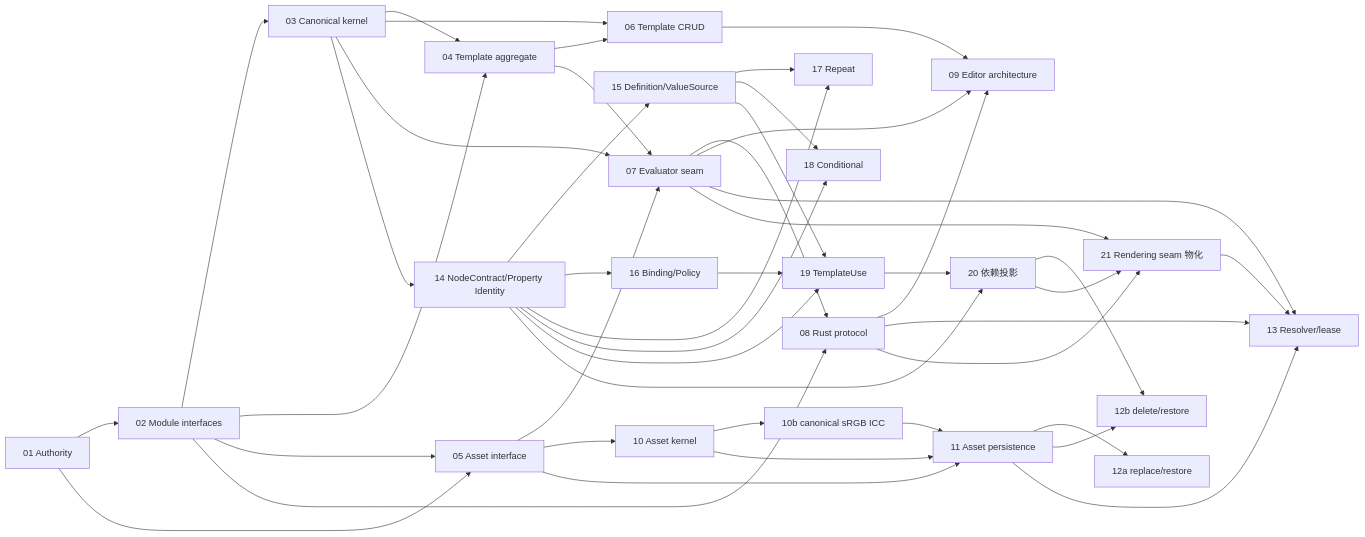
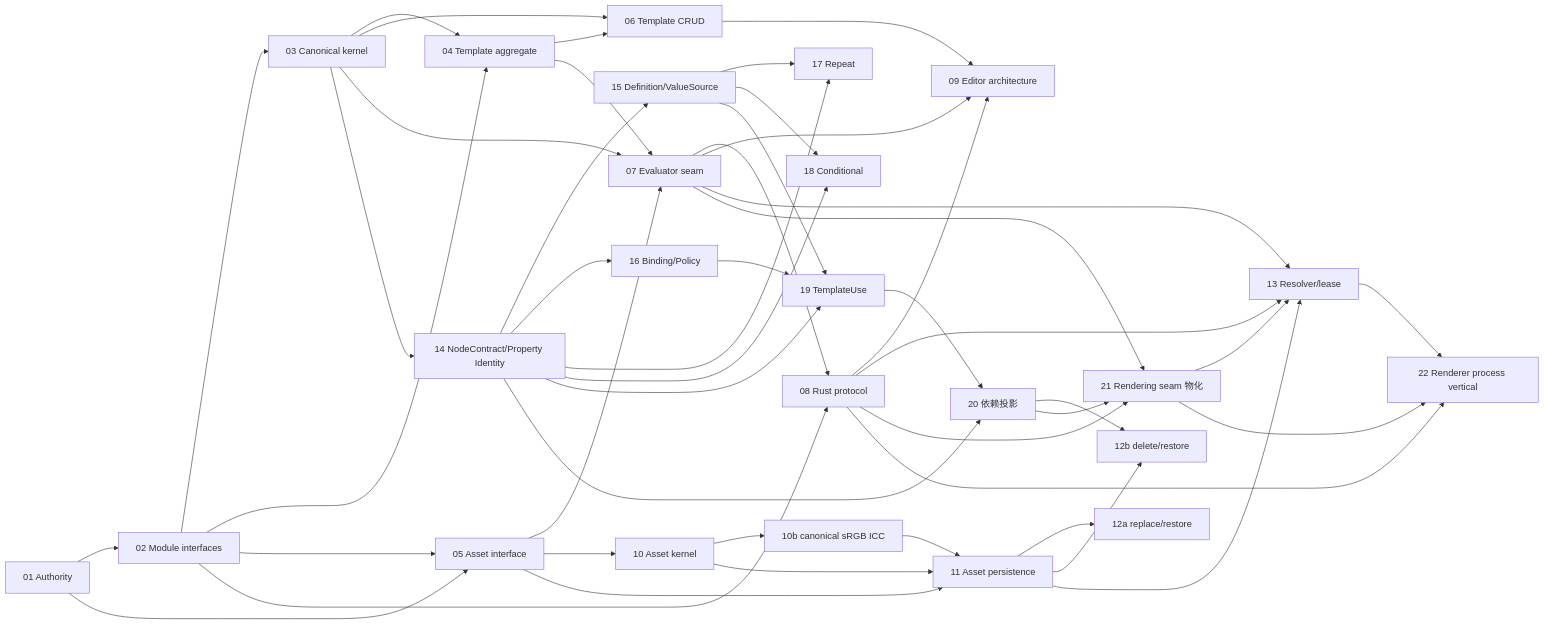
The diagram in plans/renderweave-template-v1-plan.md (yiwer/RenderWeave), drawn with Mermaid before and after one commit. The commit also changed other lines of this file and 1091 other files, not shown here.

Commit message:
feat(rendering): add renderer process protocol vertical

````diff
--- a/plans/renderweave-template-v1-plan.md
+++ b/plans/renderweave-template-v1-plan.md
@@ -65,46 +67,49 @@
 ```mermaid
 flowchart LR
   T01[01 Authority] --> T02[02 Module interfaces]
   T01 --> T05[05 Asset interface]
   T02 --> T03[03 Canonical kernel]
   T02 --> T04[04 Template aggregate]
   T02 --> T05
   T03 --> T04
   T03 --> T06[06 Template CRUD]
   T04 --> T06
   T03 --> T07[07 Evaluator seam]
   T04 --> T07
   T05 --> T07
   T02 --> T08[08 Rust protocol]
   T07 --> T08
   T06 --> T09[09 Editor architecture]
   T07 --> T09
   T08 --> T09
   T05 --> T10[10 Asset kernel]
   T05 --> T11[11 Asset persistence]
   T10 --> T10b[10b canonical sRGB ICC]
   T10 --> T11
   T10b --> T11
   T11 --> T12a[12a replace/restore]
   T11 --> T12b[12b delete/restore]
   T11 --> T13[13 Resolver/lease]
   T07 --> T13
   T08 --> T13
   T03 --> T14[14 NodeContract/Property Identity]
   T14 --> T15[15 Definition/ValueSource]
   T14 --> T16[16 Binding/Policy]
   T14 --> T17[17 Repeat]
   T14 --> T18[18 Conditional]
   T15 --> T17
   T15 --> T18
   T14 --> T19[19 TemplateUse]
   T15 --> T19
   T16 --> T19
   T14 --> T20[20 依赖投影]
   T19 --> T20
   T20 --> T12b
   T07 --> T21[21 Rendering seam 物化]
   T08 --> T21
   T20 --> T21
   T21 --> T13
+  T08 --> T22[22 Renderer process vertical]
+  T13 --> T22
+  T21 --> T22
 ```
````
